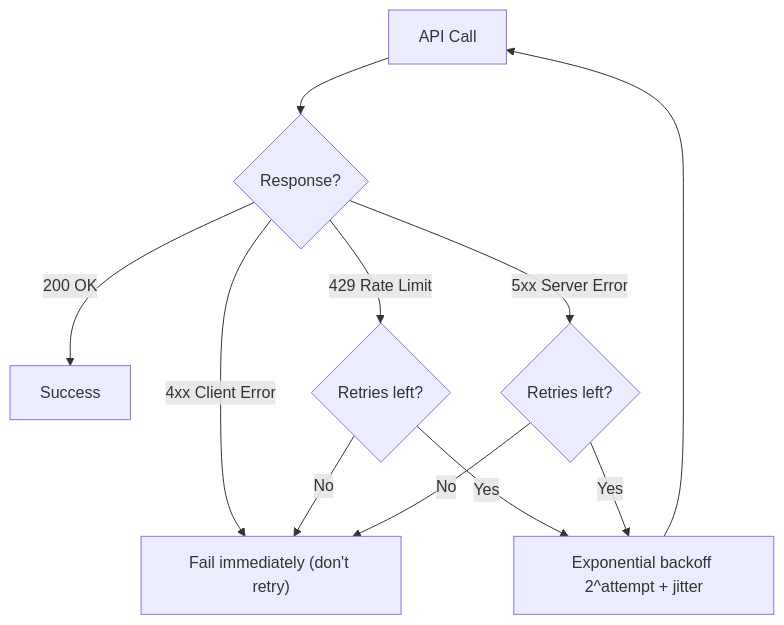
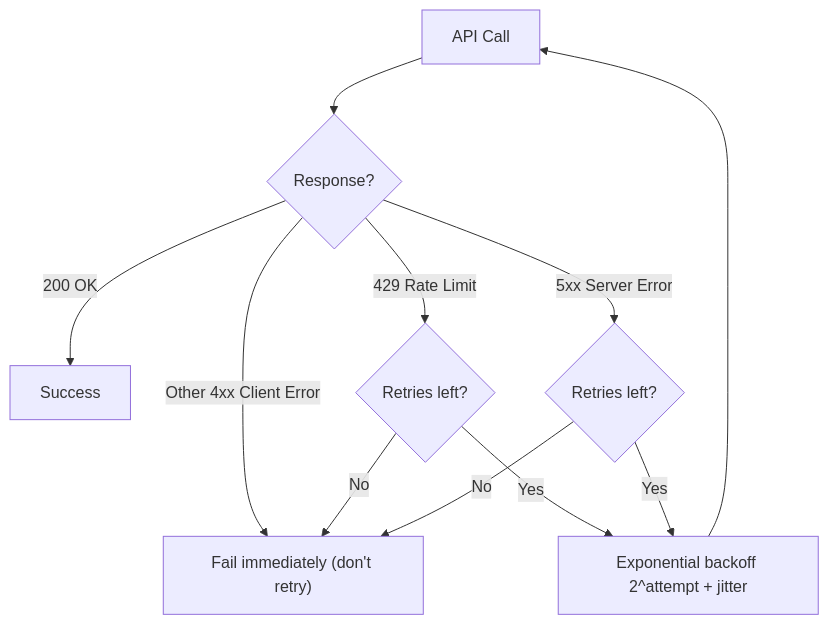
Before and after one commit to ajeetchouksey/ajch_skillup: the sixth of 6 diagrams in content/skillup/ccaf/notes/d5-context-management.md, drawn with Mermaid. The commit also changed other lines of this file and 157 other files, not shown here.

````diff
--- a/content/skillup/ccaf/notes/d5-context-management.md
+++ b/content/skillup/ccaf/notes/d5-context-management.md
@@ -426,14 +423,14 @@
 ```mermaid
 graph TD
     CALL[API Call] --> R{Response?}
     R -->|"200 OK"| S["Success"]
     R -->|"429 Rate Limit"| RL{Retries left?}
     R -->|"5xx Server Error"| SE{Retries left?}
-    R -->|"4xx Client Error"| F["Fail immediately (don't retry)"]
+    R -->|"Other 4xx Client Error"| F["Fail immediately (don't retry)"]
 
     RL -->|"Yes"| BACK["Exponential backoff 2^attempt + jitter"]
     SE -->|"Yes"| BACK
     RL -->|"No"| F
     SE -->|"No"| F
     BACK --> CALL
 ```
````
